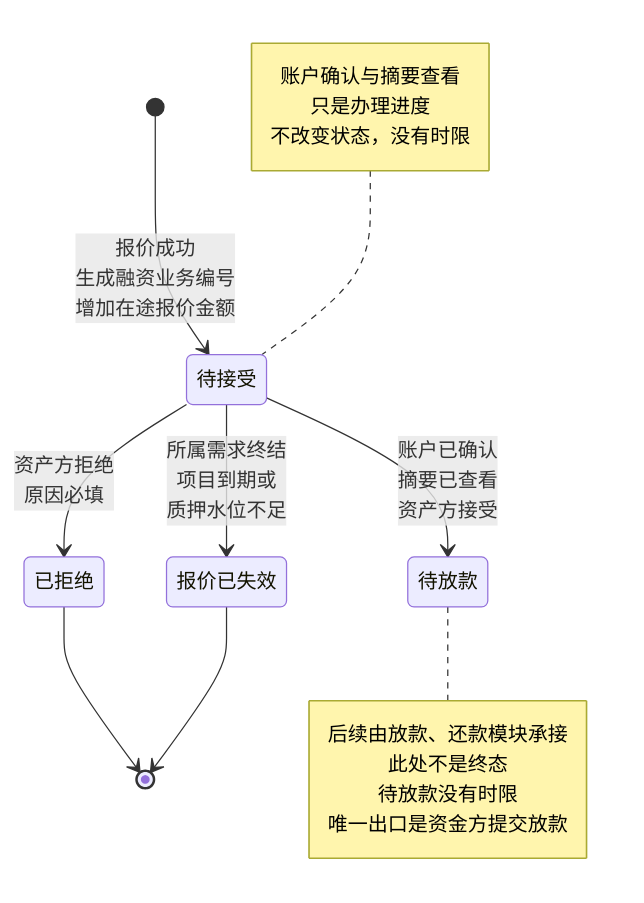
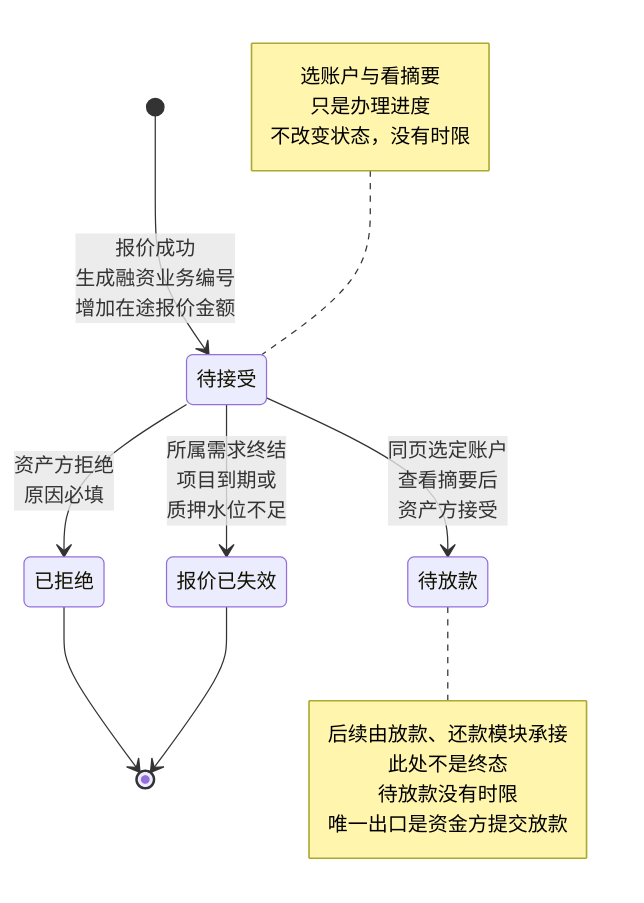
The seventh of 8 diagrams in lending-platform/PRD/面客端/06-借贷广场-授信报价与接受拒绝/02-授信报价与接受拒绝-流程图与状态机.md (wxblockchain/Chain-Financing), drawn with Mermaid before and after one commit. The commit also changed other lines of this file and 2 other files, not shown here.

````diff
--- a/lending-platform/PRD/面客端/06-借贷广场-授信报价与接受拒绝/02-授信报价与接受拒绝-流程图与状态机.md
+++ b/lending-platform/PRD/面客端/06-借贷广场-授信报价与接受拒绝/02-授信报价与接受拒绝-流程图与状态机.md
@@ -164,24 +161,24 @@
 ```mermaid
 stateDiagram-v2
   state "待接受" as WAIT
   state "已拒绝" as REJECTED
   state "报价已失效" as EXPIRED
   state "待放款" as FUNDING
   [*] --> WAIT: 报价成功<br/>生成融资业务编号<br/>增加在途报价金额
   WAIT --> REJECTED: 资产方拒绝<br/>原因必填
   WAIT --> EXPIRED: 所属需求终结<br/>项目到期或<br/>质押水位不足
-  WAIT --> FUNDING: 账户已确认<br/>摘要已查看<br/>资产方接受
+  WAIT --> FUNDING: 同页选定账户<br/>查看摘要后<br/>资产方接受
   REJECTED --> [*]
   EXPIRED --> [*]
   note left of WAIT
-    账户确认与摘要查看
+    选账户与看摘要
     只是办理进度
     不改变状态，没有时限
   end note
   note right of FUNDING
     后续由放款、还款模块承接
     此处不是终态
     待放款没有时限
     唯一出口是资金方提交放款
   end note
 ```
````
